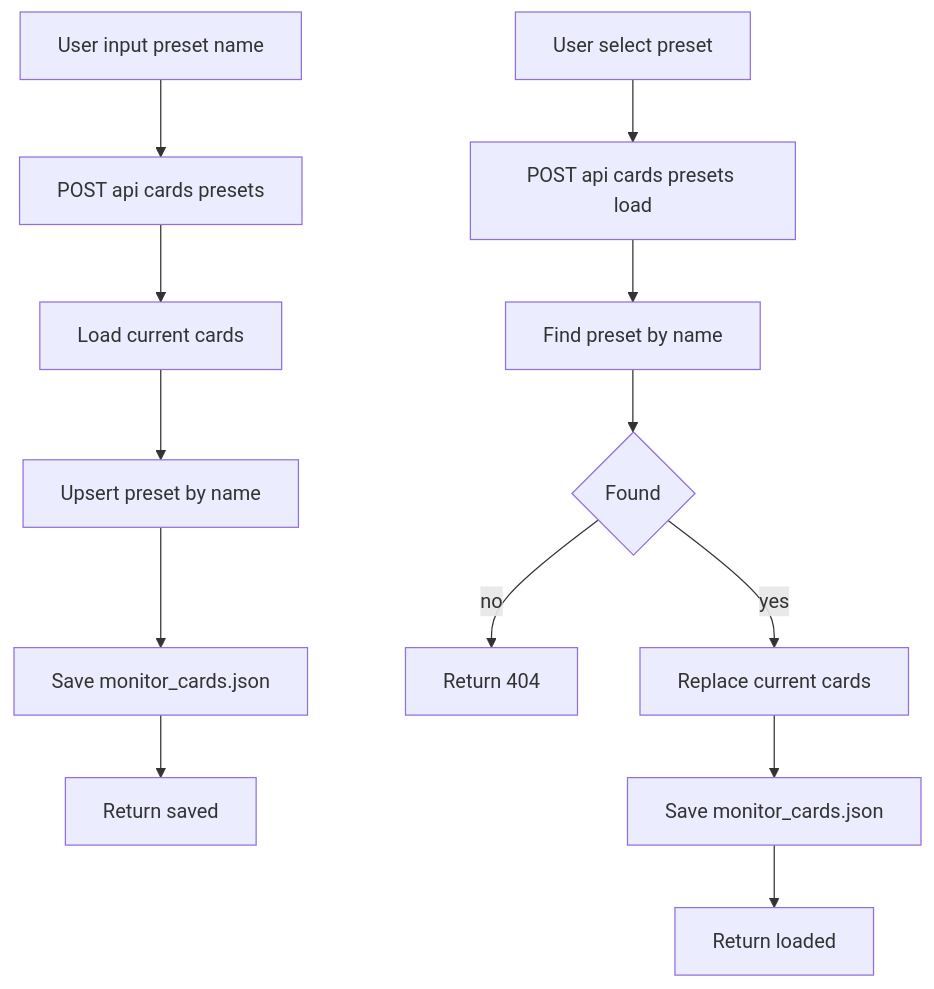
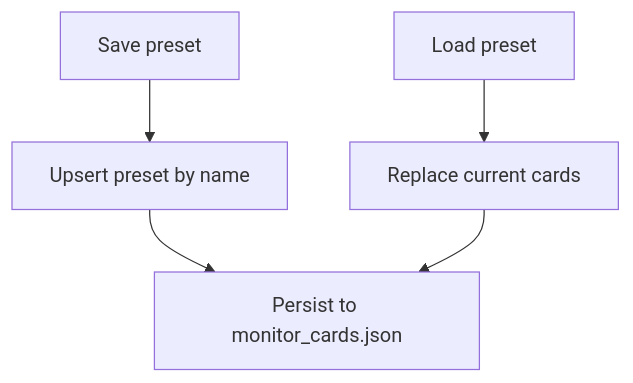
One commit to neo-embbed/neo-uart changed the fourth of 4 diagrams in docs/system_flowchart.md. Above: the diagram before and after it, drawn with Mermaid. The commit also changed other lines of this file, not shown here.

Commit message:
docs: 简化系统流程图

````diff
--- a/docs/system_flowchart.md
+++ b/docs/system_flowchart.md
@@ -94,16 +38,7 @@
 ```mermaid
 flowchart TD
-    A[User input preset name] --> B[POST api cards presets]
-    B --> C[Load current cards]
-    C --> D[Upsert preset by name]
-    D --> E[Save monitor_cards.json]
-    E --> F[Return saved]
-
-    G[User select preset] --> H[POST api cards presets load]
-    H --> I[Find preset by name]
-    I --> J{Found}
-    J -- no --> J1[Return 404]
-    J -- yes --> K[Replace current cards]
-    K --> L[Save monitor_cards.json]
-    L --> M[Return loaded]
+    A[Save preset] --> B[Upsert preset by name]
+    B --> C[Persist to monitor_cards.json]
+    D[Load preset] --> E[Replace current cards]
+    E --> C
 ```
````
